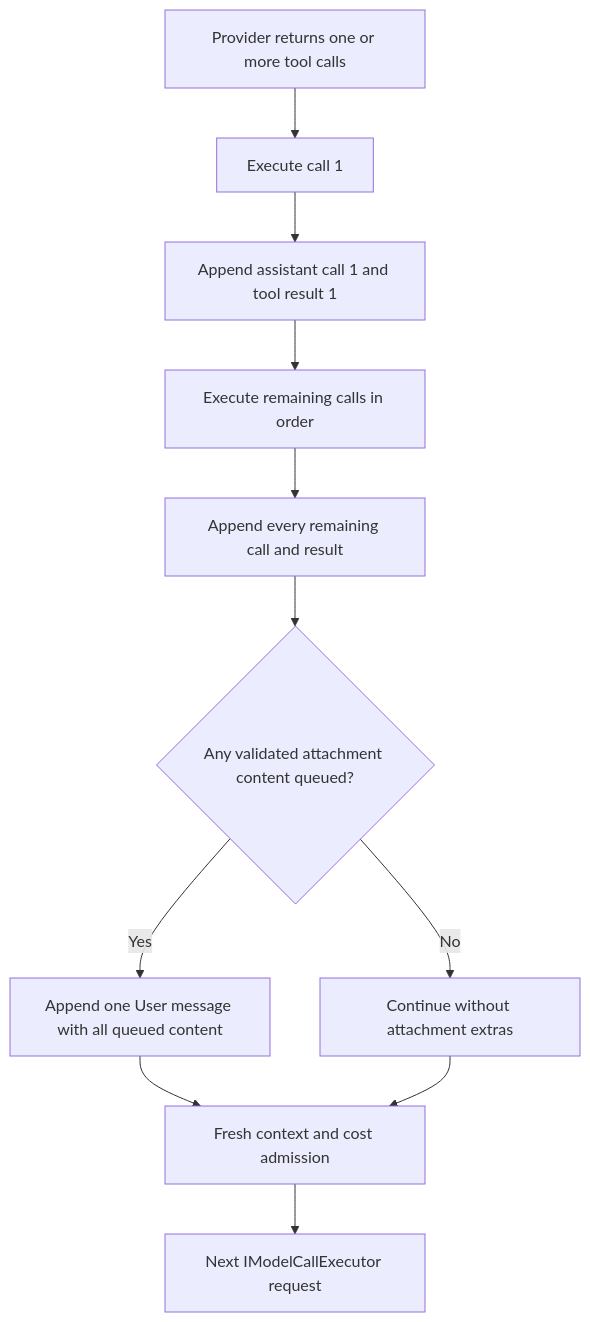
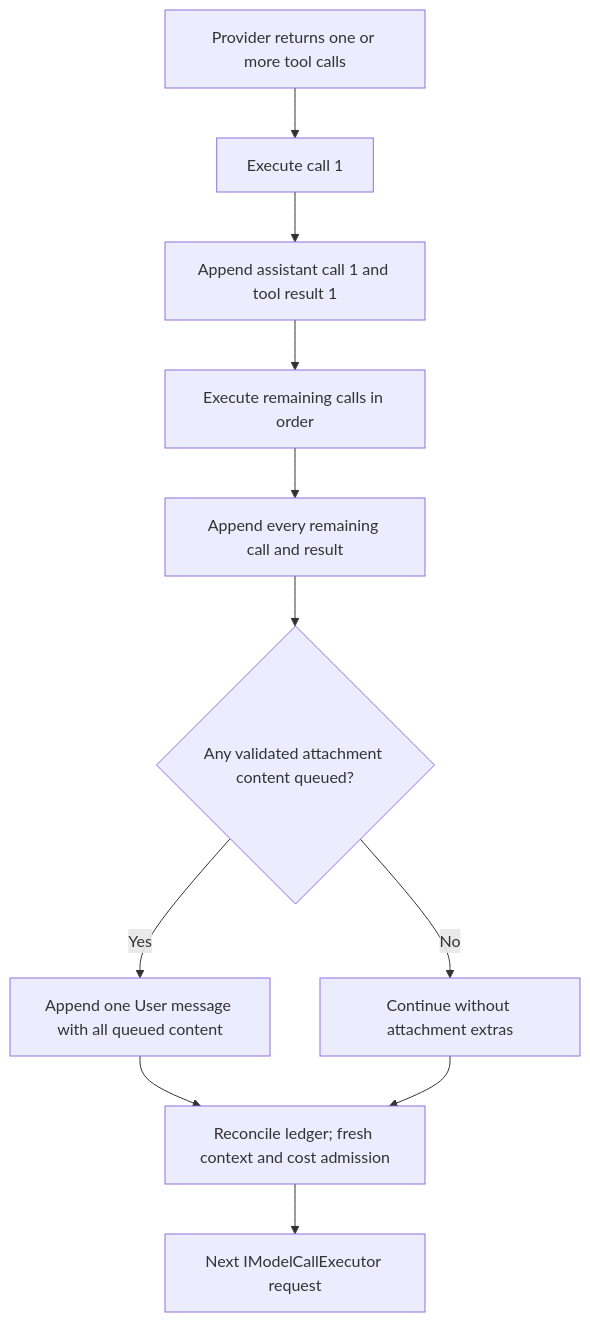
One commit to Retro-Downfall/RetroDownfall.Arcanum changed the second of 2 diagrams in docs/Arcanum.CHAT-LOOP.md. Above: the diagram before and after it, drawn with Mermaid. The commit also changed other lines of this file and 24 other files, not shown here.

Commit message:
Implement unified context materialization ledger

````diff
--- a/docs/Arcanum.CHAT-LOOP.md
+++ b/docs/Arcanum.CHAT-LOOP.md
@@ -60,13 +81,13 @@
 ```mermaid
 flowchart TD
     A["Provider returns one or more tool calls"] --> B["Execute call 1"]
     B --> C["Append assistant call 1 and tool result 1"]
     C --> D["Execute remaining calls in order"]
     D --> E["Append every remaining call and result"]
     E --> F{"Any validated attachment content queued?"}
     F -- Yes --> G["Append one User message with all queued content"]
     F -- No --> H["Continue without attachment extras"]
-    G --> I["Fresh context and cost admission"]
+    G --> I["Reconcile ledger; fresh context and cost admission"]
     H --> I
     I --> J["Next IModelCallExecutor request"]
 ```
````
